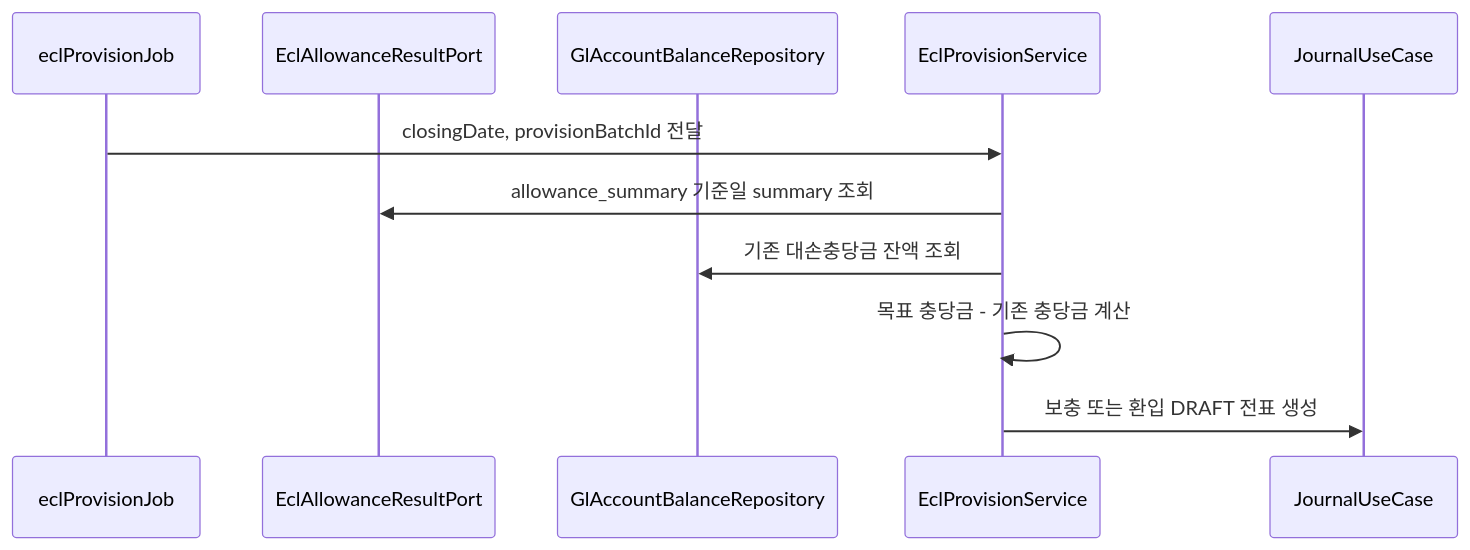
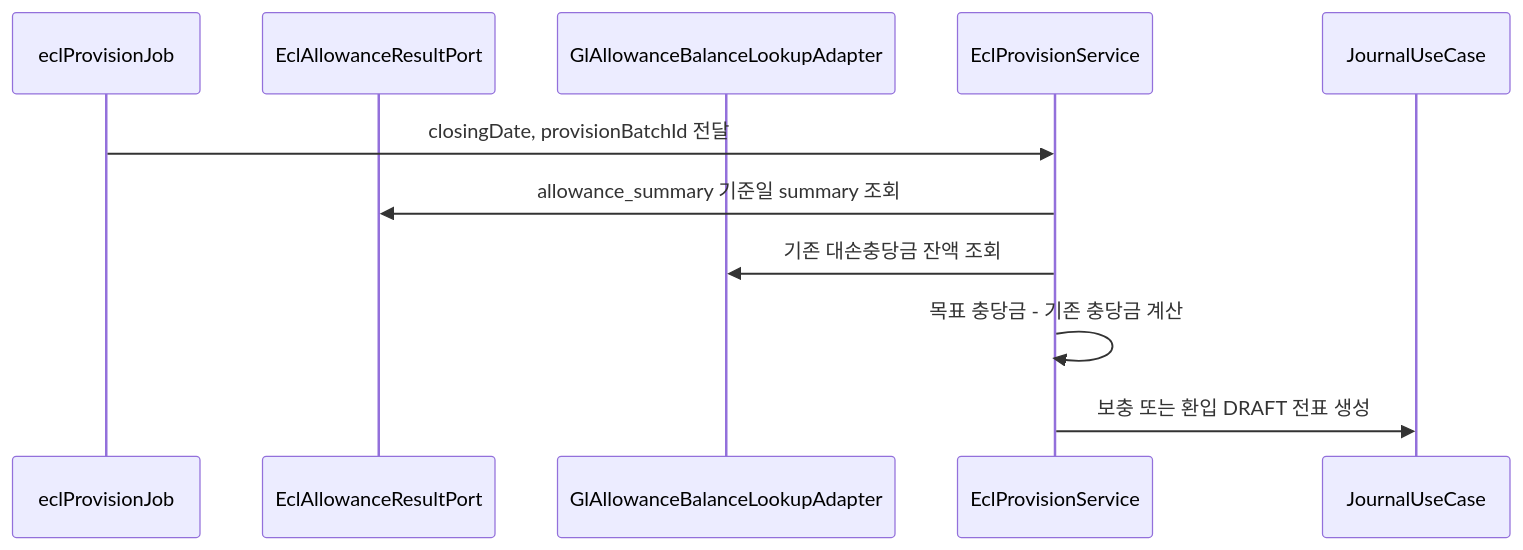
One commit to skyg547/account changed the fourth of 4 diagrams in closing/docs/process-flow.md. Above: the diagram before and after it, drawn with Mermaid. The commit also changed other lines of this file and 80 other files, not shown here.

````diff
--- a/closing/docs/process-flow.md
+++ b/closing/docs/process-flow.md
@@ -91,14 +95,14 @@
 ```mermaid
 sequenceDiagram
     participant Job as eclProvisionJob
     participant ECL as EclAllowanceResultPort
-    participant GL as GlAccountBalanceRepository
+    participant GL as GlAllowanceBalanceLookupAdapter
     participant Service as EclProvisionService
     participant JL as JournalUseCase
 
     Job->>Service: closingDate, provisionBatchId 전달
     Service->>ECL: allowance_summary 기준일 summary 조회
     Service->>GL: 기존 대손충당금 잔액 조회
     Service->>Service: 목표 충당금 - 기존 충당금 계산
     Service->>JL: 보충 또는 환입 DRAFT 전표 생성
 ```
````
